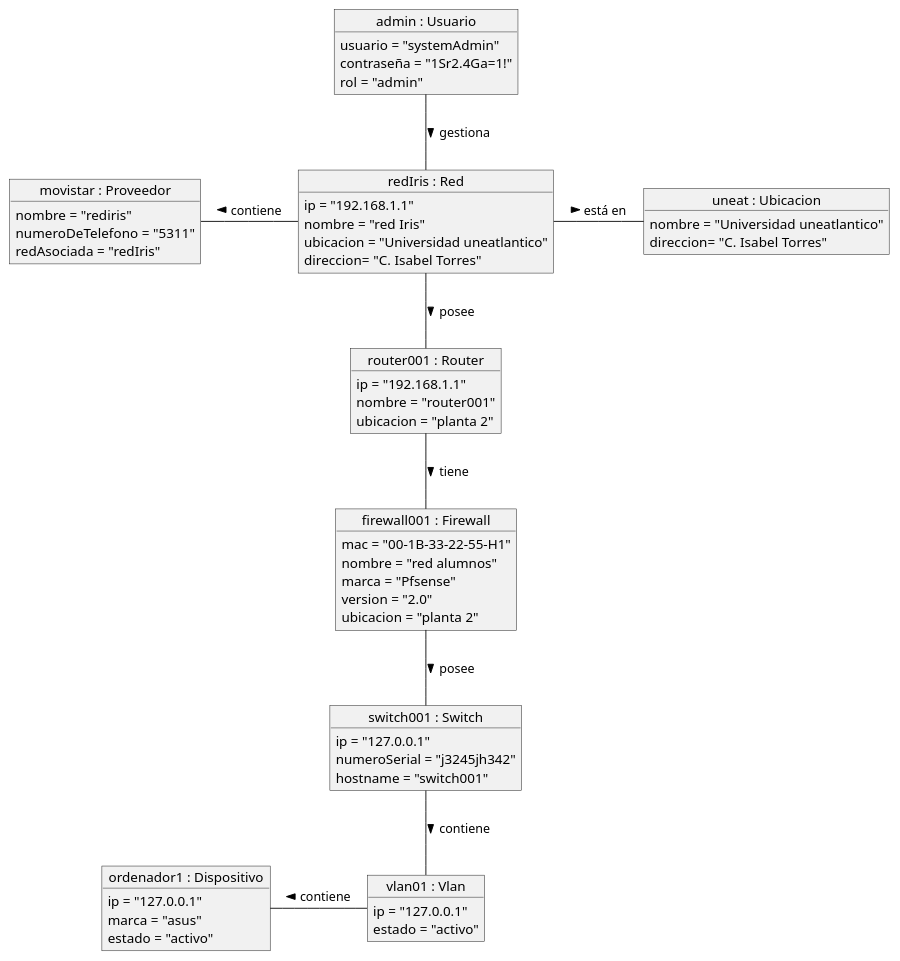
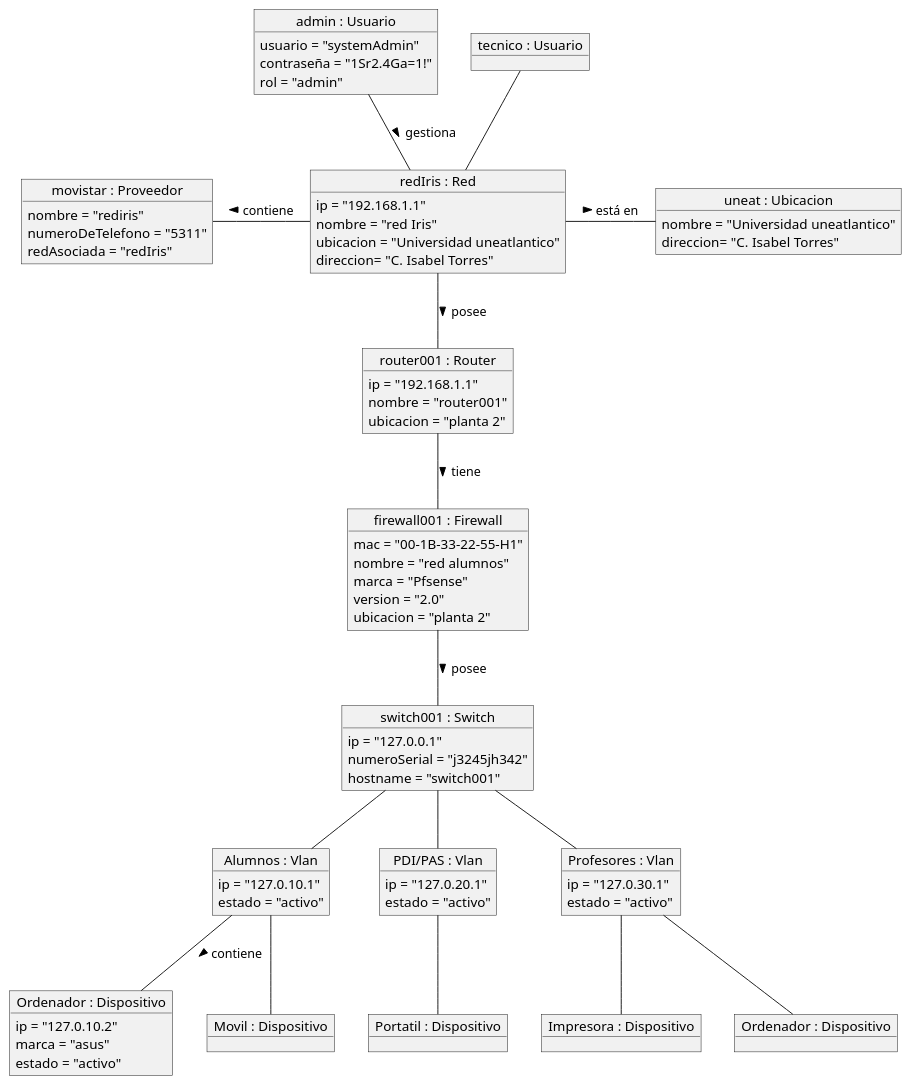
The diagram in 000-entregas/diagramaDeObjetos/DiagramaObjetos.plantuml (mmasias/IdSw1-22-23), drawn with PlantUML before and after one commit. The commit also changed 9 other files, not shown here.

Commit message:
Feature: Changes to the state diagram and domain model

```diff
--- a/000-entregas/diagramaDeObjetos/DiagramaObjetos.plantuml
+++ b/000-entregas/diagramaDeObjetos/DiagramaObjetos.plantuml
@@ -1,67 +1,100 @@
-@startuml proyecto
+@startuml DiagramaDeObjetos
 
 object "admin : Usuario" as admin {
     usuario = "systemAdmin"
     contraseña = "1Sr2.4Ga=1!"
     rol = "admin"
+}
+
+object "tecnico : Usuario" as user {
 }
 
 object "redIris : Red" as red1 {
 ip = "192.168.1.1"
 nombre = "red Iris"
 ubicacion = "Universidad uneatlantico"
 direccion= "C. Isabel Torres"
 }
 
 object "router001 : Router" as router {
 ip = "192.168.1.1"
 nombre = "router001"
 ubicacion = "planta 2"
 }
 
 object "uneat : Ubicacion" as uneat {
 nombre = "Universidad uneatlantico"
 direccion= "C. Isabel Torres"
 }
 
 object "movistar : Proveedor" as redIris {
 nombre = "rediris"
 numeroDeTelefono = "5311"
 redAsociada = "redIris"
 }
 
 object "firewall001 : Firewall" as firewall {
 mac = "00-1B-33-22-55-H1"
 nombre = "red alumnos"
 marca = "Pfsense"
 version = "2.0"
 ubicacion = "planta 2"
 }
 
 object "switch001 : Switch" as switch {
     ip = "127.0.0.1"
     numeroSerial = "j3245jh342"
     hostname = "switch001"
 }
 
-object "vlan01 : Vlan" as vlan {
-    ip = "127.0.0.1"
+object "Alumnos : Vlan" as vlan {
+    ip = "127.0.10.1"
     estado = "activo"
 }
 
-object "ordenador1 : Dispositivo" as ordenador1 {
-    ip = "127.0.0.1"
+object "PDI/PAS : Vlan" as vlan2 {
+    ip = "127.0.20.1"
+    estado = "activo"
+}
+
+object "Profesores : Vlan" as vlan3 {
+    ip = "127.0.30.1"
+    estado = "activo"
+}
+
+object "Ordenador : Dispositivo" as DA1 {
+    ip = "127.0.10.2"
     marca = "asus"
     estado = "activo"
 }
 
+object "Movil : Dispositivo" as DA2 {
+}
+
+object "Portatil : Dispositivo" as DPP1 {
+}
+
+object "Impresora : Dispositivo" as DP1 {
+}
+
+object "Ordenador : Dispositivo" as DP2 {
+}
+
+
 admin -d- red1: gestiona >
+user -- red1
 red1 -- router: posee >
 router -- firewall: tiene >
 red1 -l- redIris: contiene >
 red1 -r- uneat: está en >
 firewall -- switch: posee >
-switch -- vlan: contiene >
-vlan -l- ordenador1: contiene >
+switch -- vlan
+switch -- vlan2
+switch -- vlan3
+vlan -- DA1: contiene >
+vlan -- DA2
+vlan2 -- DPP1
+vlan3 -- DP1
+vlan3 -- DP2
 
 @enduml
```
